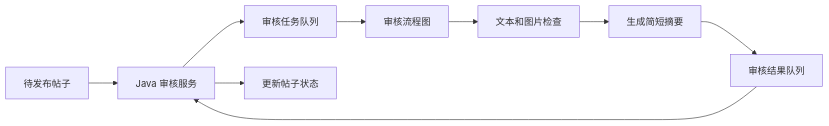
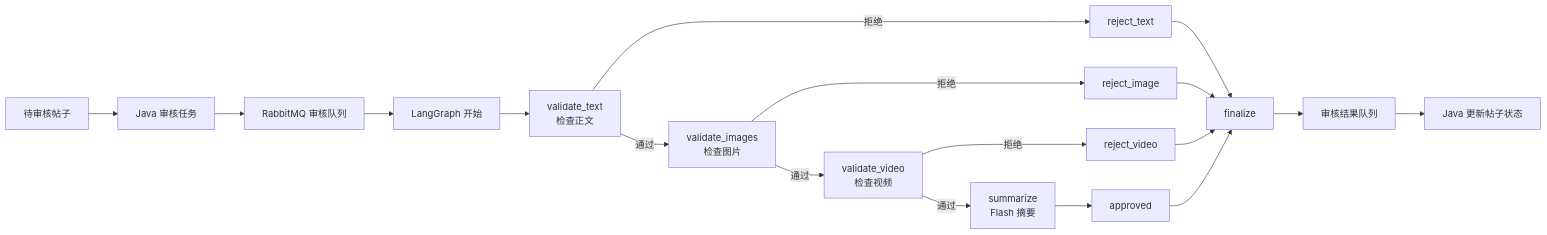
The ninth of 13 diagrams in README.md (pluchon/mengmeng_forum), drawn with Mermaid before and after one commit. The commit also changed other lines of this file, not shown here.

Commit message:
docs: 细化项目模块流程图

````diff
--- a/README.md
+++ b/README.md
@@ -170,11 +198,20 @@
 ```mermaid
 flowchart LR
-  P["待发布帖子"] --> J["Java 审核服务"]
-  J --> Q["审核任务队列"]
-  Q --> G["审核流程图"]
-  G --> T["文本和图片检查"]
-  T --> S["生成简短摘要"]
-  S --> Q2["审核结果队列"]
-  Q2 --> J
-  J --> R["更新帖子状态"]
+  P["待审核帖子"] --> J["Java 审核任务"]
+  J --> Q["RabbitMQ 审核队列"]
+  Q --> START["LangGraph 开始"]
+  START --> TEXT["validate_text<br/>检查正文"]
+  TEXT -->|通过| IMAGE["validate_images<br/>检查图片"]
+  TEXT -->|拒绝| RT["reject_text"]
+  IMAGE -->|通过| VIDEO["validate_video<br/>检查视频"]
+  IMAGE -->|拒绝| RI["reject_image"]
+  VIDEO -->|通过| SUM["summarize<br/>Flash 摘要"]
+  VIDEO -->|拒绝| RV["reject_video"]
+  SUM --> OK["approved"]
+  RT --> FIN["finalize"]
+  RI --> FIN
+  RV --> FIN
+  OK --> FIN
+  FIN --> RQ["审核结果队列"]
+  RQ --> J2["Java 更新帖子状态"]
 ```
````
